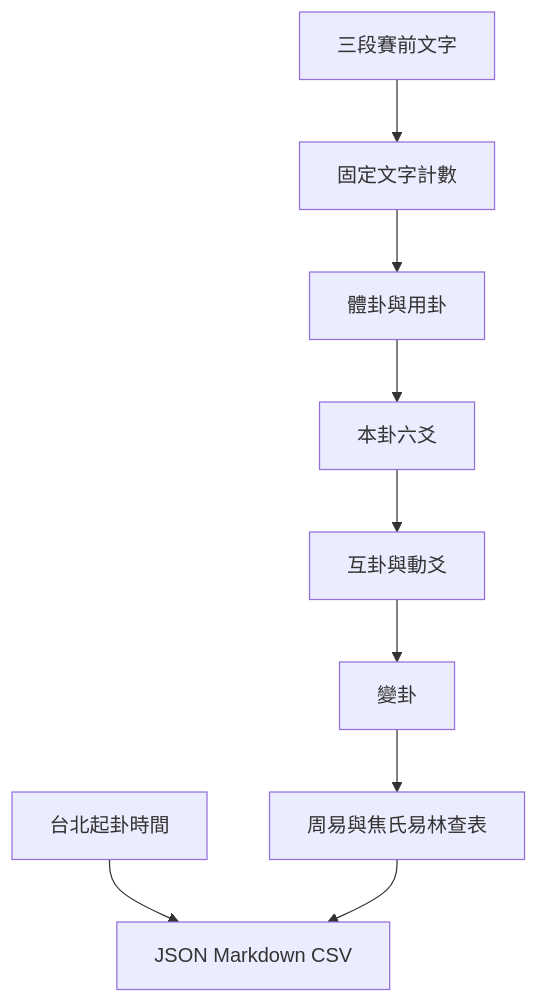
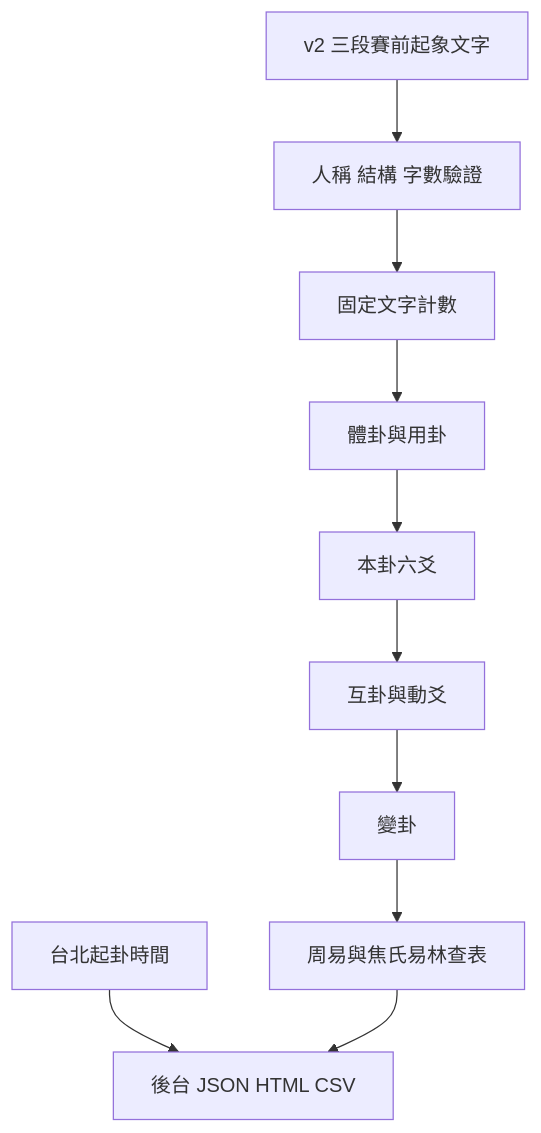
Before and after one commit to wujoshnjr/meihua-football-streamlit: the diagram in docs/ARCHITECTURE.md, drawn with Mermaid. The commit also changed other lines of this file and 15 other files, not shown here.

````diff
--- a/docs/ARCHITECTURE.md
+++ b/docs/ARCHITECTURE.md
@@ -30,11 +31,12 @@
 ```mermaid
 flowchart TD
-    A[三段賽前文字] --> B[固定文字計數]
-    T[台北起卦時間] --> H[JSON Markdown CSV]
+    A[v2 三段賽前起象文字] --> P[人稱 結構 字數驗證]
+    P --> B[固定文字計數]
+    T[台北起卦時間] --> H[後台 JSON HTML CSV]
     B --> C[體卦與用卦]
     C --> D[本卦六爻]
     D --> E[互卦與動爻]
     E --> F[變卦]
     F --> G[周易與焦氏易林查表]
-    G --> H[JSON Markdown CSV]
+    G --> H[後台 JSON HTML CSV]
 ```
````
